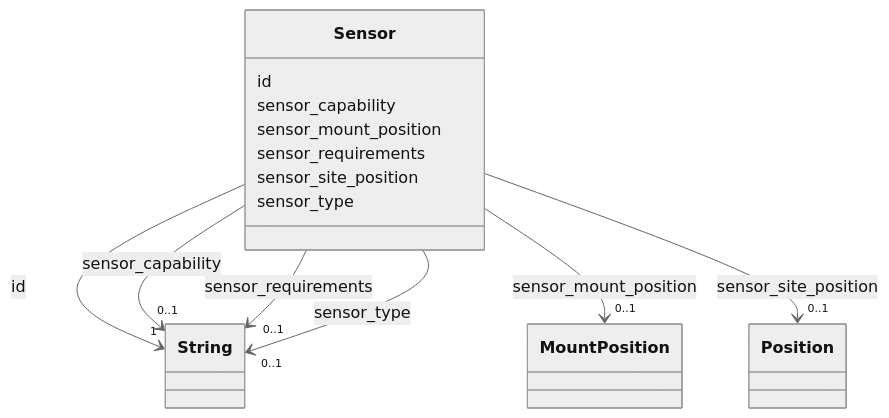
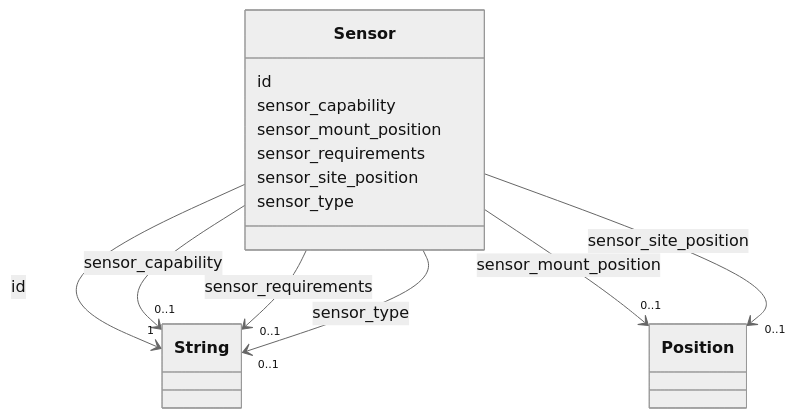
One commit to maikeljsb/rcpc-schema changed the diagram in docs/model/resource/Sensor.md. Above: the diagram before and after it, drawn with Mermaid (neutral theme). The commit also changed other lines of this file and 13 other files, not shown here.

First line of the commit message:
refactor(resource): use Position for mount offsets and drop MountPosition

````diff
--- a/docs/model/resource/Sensor.md
+++ b/docs/model/resource/Sensor.md
@@ -23,72 +23,72 @@
 ```mermaid
  classDiagram
     class Sensor
     click Sensor href "../Sensor/"
       Sensor : id
         
           
     
         
         
         Sensor --> "1" String : id
         click String href "../http://www.w3.org/2001/XMLSchema#string/"
     
 
         
       Sensor : sensor_capability
         
           
     
         
         
         Sensor --> "0..1" String : sensor_capability
         click String href "../http://www.w3.org/2001/XMLSchema#string/"
     
 
         
       Sensor : sensor_mount_position
         
           
     
         
         
-        Sensor --> "0..1" MountPosition : sensor_mount_position
-        click MountPosition href "../MountPosition/"
+        Sensor --> "0..1" Position : sensor_mount_position
+        click Position href "../Position/"
     
 
         
       Sensor : sensor_requirements
         
           
     
         
         
         Sensor --> "0..1" String : sensor_requirements
         click String href "../http://www.w3.org/2001/XMLSchema#string/"
     
 
         
       Sensor : sensor_site_position
         
           
     
         
         
         Sensor --> "0..1" Position : sensor_site_position
         click Position href "../Position/"
     
 
         
       Sensor : sensor_type
         
           
     
         
         
         Sensor --> "0..1" String : sensor_type
         click String href "../http://www.w3.org/2001/XMLSchema#string/"
     
 
         
       
 ```
````
